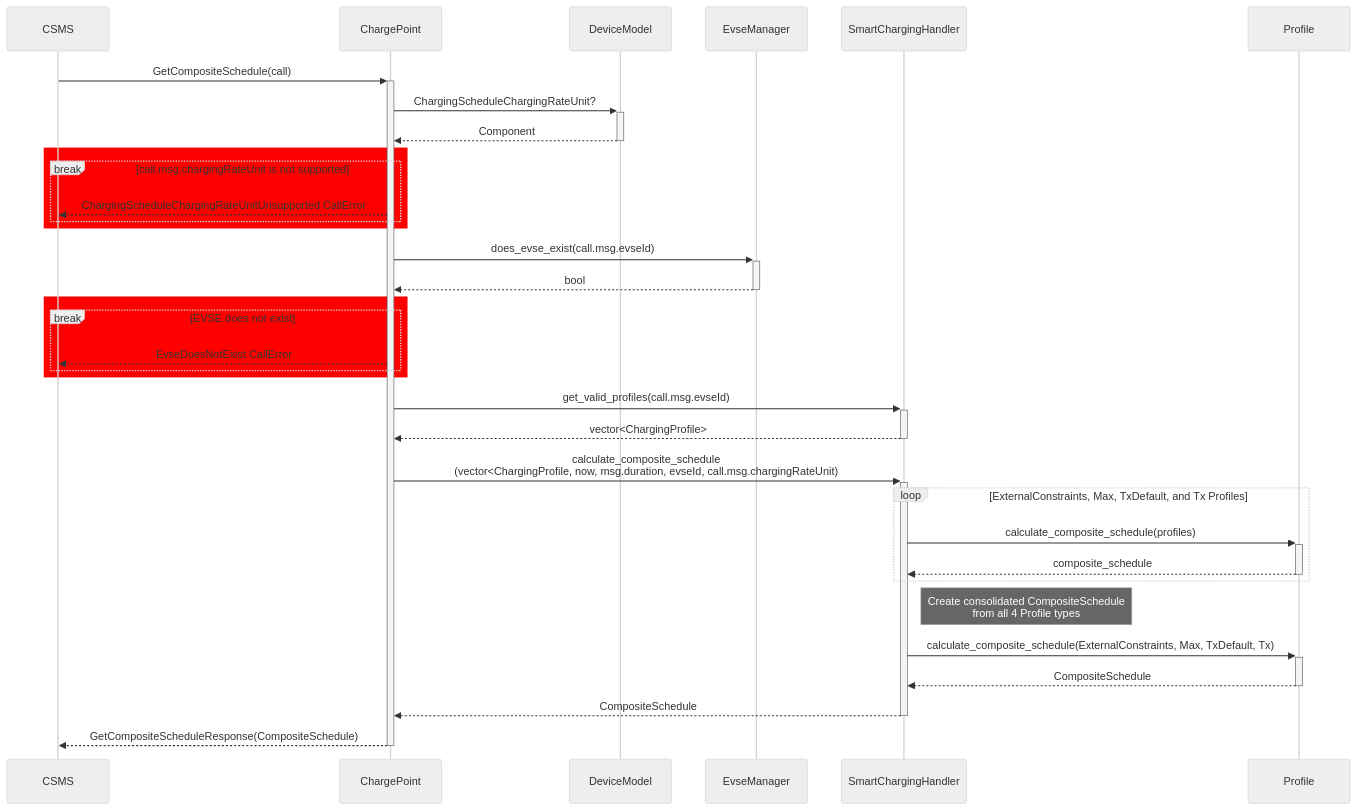
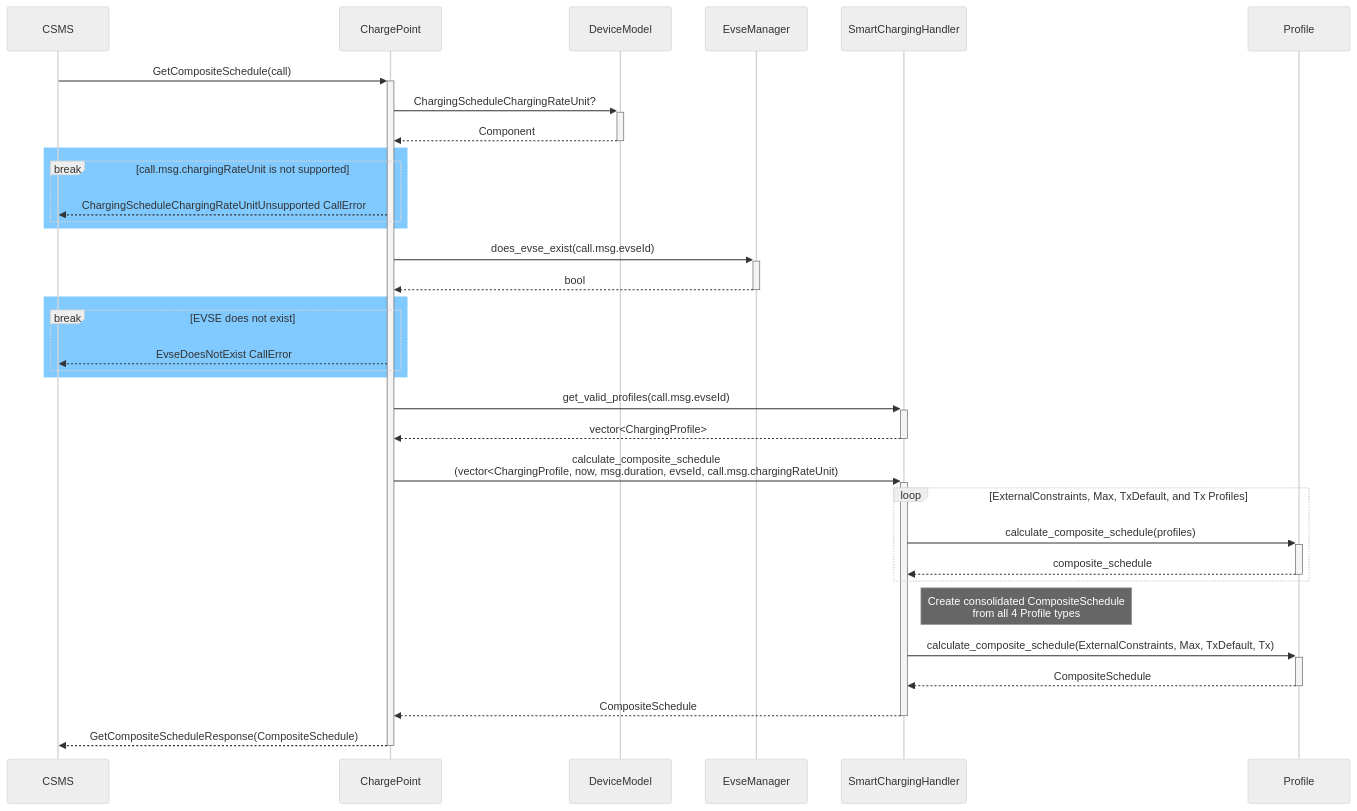
Before and after one commit to EVerest/libocpp: the second of 4 diagrams in doc/ocpp_201_use_cases_in_depth.md, drawn with Mermaid (neutral theme). The commit also changed other lines of this file, not shown here.

Commit message:
Update highlight color in use case diagrams

````diff
--- a/doc/ocpp_201_use_cases_in_depth.md
+++ b/doc/ocpp_201_use_cases_in_depth.md
@@ -114,43 +114,43 @@
 ```mermaid
 sequenceDiagram
 
     CSMS->>+ChargePoint: GetCompositeSchedule(call)
 
     ChargePoint->>+DeviceModel : ChargingScheduleChargingRateUnit?
     DeviceModel-->>-ChargePoint : Component
 
-    rect Red 
+    rect rgb(128,202,255) 
         break call.msg.chargingRateUnit is not supported
             ChargePoint-->>CSMS : ChargingScheduleChargingRateUnitUnsupported CallError
         end
     end
 
     ChargePoint->>+EvseManager : does_evse_exist(call.msg.evseId)
     EvseManager-->>-ChargePoint : bool
-    rect Red 
+    rect rgb(128,202,255) 
         break EVSE does not exist
             ChargePoint-->>CSMS : EvseDoesNotExist CallError
         end
     end
 
     ChargePoint->>+SmartChargingHandler : get_valid_profiles(call.msg.evseId)
 
     SmartChargingHandler-->>-ChargePoint : vector<ChargingProfile>
 
     ChargePoint->>+SmartChargingHandler : calculate_composite_schedule<br/>(vector<ChargingProfile, now, msg.duration, evseId, call.msg.chargingRateUnit)
 
     loop ExternalConstraints, Max, TxDefault, and Tx Profiles
         SmartChargingHandler->>+Profile: calculate_composite_schedule(profiles)
         Profile-->>-SmartChargingHandler: composite_schedule 
     end
 
     note right of SmartChargingHandler: Create consolidated CompositeSchedule<br />from all 4 Profile types
 
 
     SmartChargingHandler->>+Profile: calculate_composite_schedule(ExternalConstraints, Max, TxDefault, Tx)
     Profile-->>-SmartChargingHandler: CompositeSchedule
 
     SmartChargingHandler-->>-ChargePoint: CompositeSchedule
 
     ChargePoint-->>-CSMS : GetCompositeScheduleResponse(CompositeSchedule)
 ```
````
